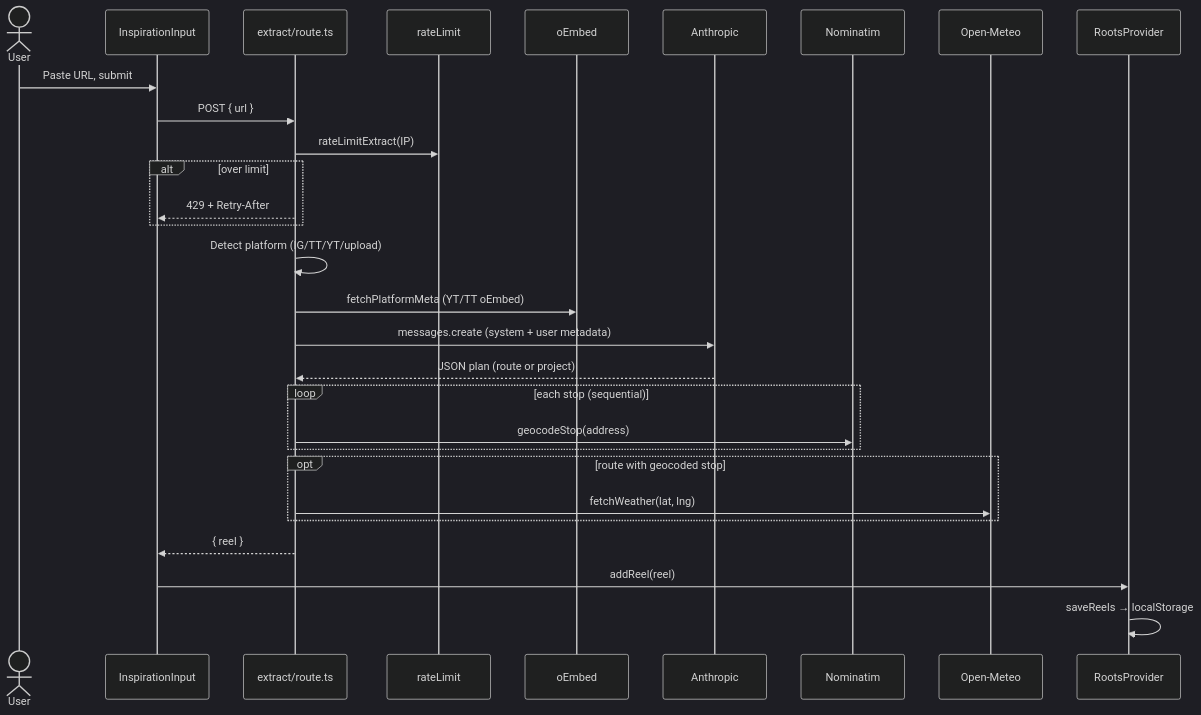
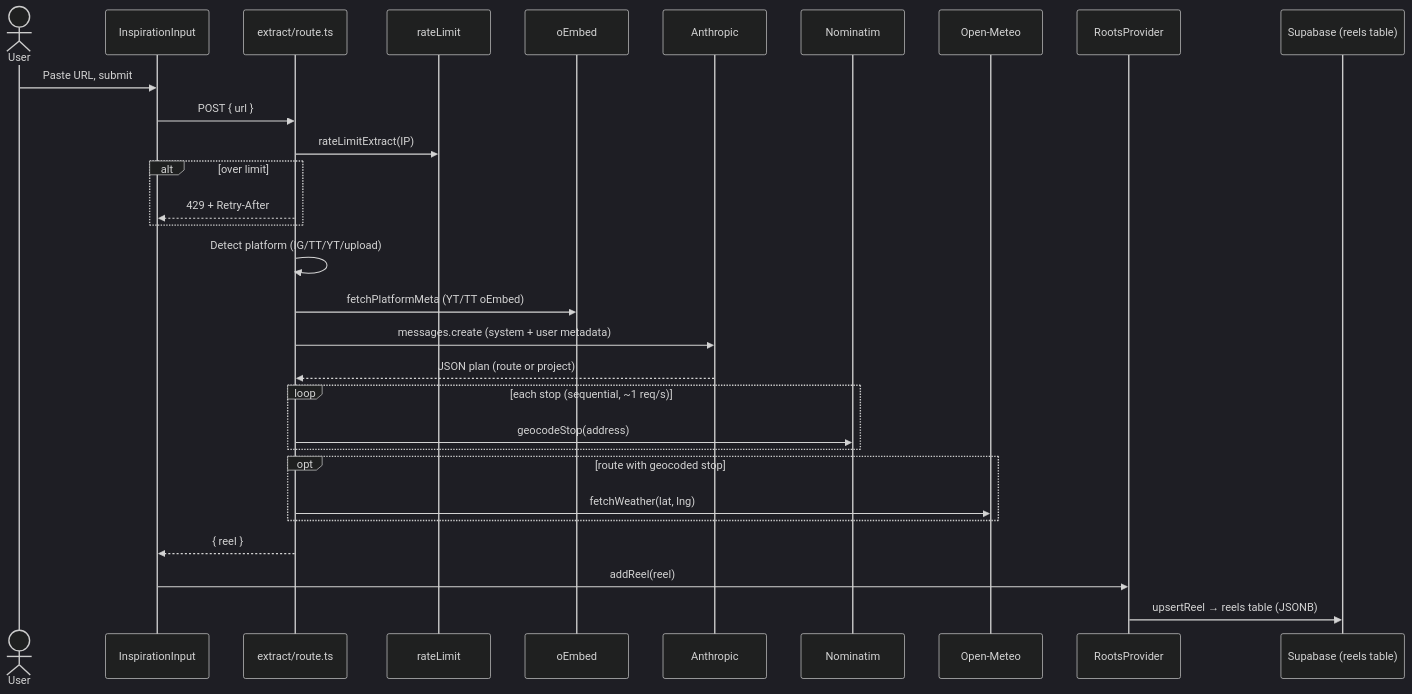
Before and after one commit to CSEN-SCU/csen-174-s26-team-project-roots-app: the fourth of 7 diagrams in architecture/updated-architecture.md, drawn with Mermaid (dark theme). The commit also changed other lines of this file, not shown here.

First line of the commit message:
Revise architecture documentation for Supabase migration

````diff
--- a/architecture/updated-architecture.md
+++ b/architecture/updated-architecture.md
@@ -147,32 +163,33 @@
 ```mermaid
 sequenceDiagram
     actor User
     participant UI as InspirationInput
     participant API as extract/route.ts
     participant RL as rateLimit
     participant OEM as oEmbed
     participant AI as Anthropic
     participant GEO as Nominatim
     participant WX as Open-Meteo
     participant Store as RootsProvider
+    participant SB as Supabase (reels table)
 
     User->>UI: Paste URL, submit
     UI->>API: POST { url }
     API->>RL: rateLimitExtract(IP)
     alt over limit
         API-->>UI: 429 + Retry-After
     end
     API->>API: Detect platform (IG/TT/YT/upload)
     API->>OEM: fetchPlatformMeta (YT/TT oEmbed)
     API->>AI: messages.create (system + user metadata)
     AI-->>API: JSON plan (route or project)
-    loop each stop (sequential)
+    loop each stop (sequential, ~1 req/s)
         API->>GEO: geocodeStop(address)
     end
     opt route with geocoded stop
         API->>WX: fetchWeather(lat, lng)
     end
     API-->>UI: { reel }
     UI->>Store: addReel(reel)
-    Store->>Store: saveReels → localStorage
+    Store->>SB: upsertReel → reels table (JSONB)
 ```
````
